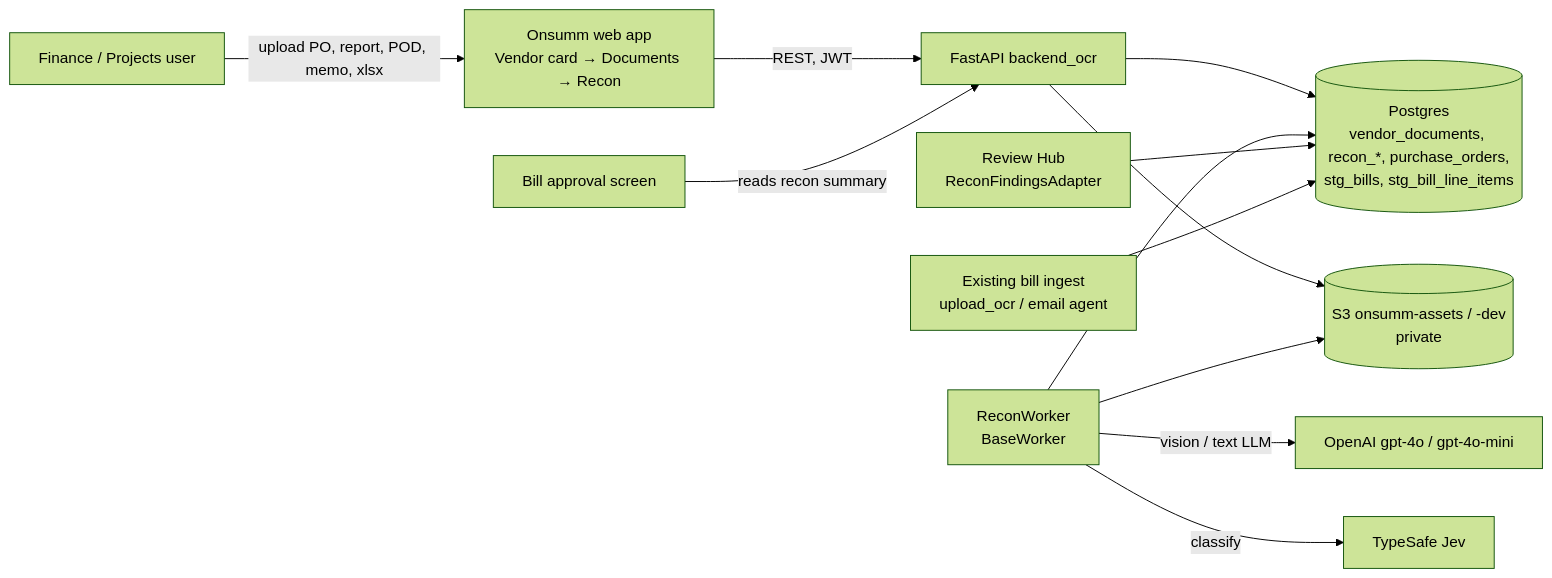
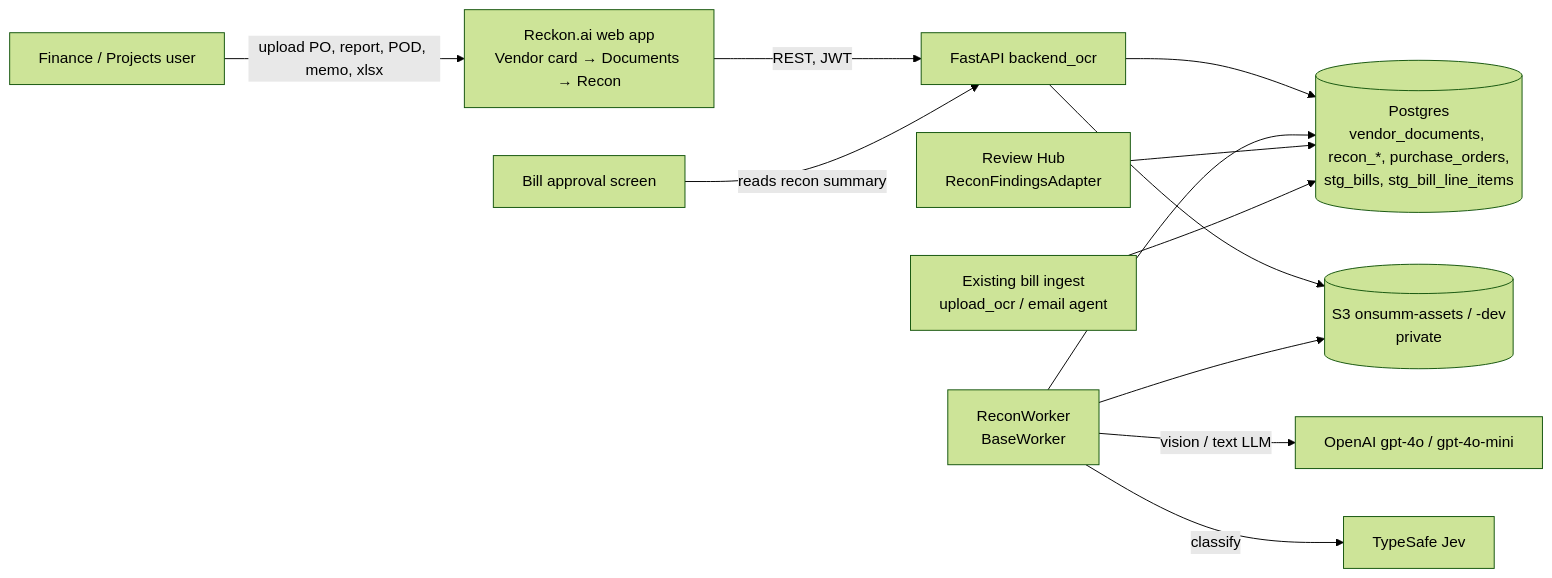
One commit to r-rishit27/equal_hackathon changed the first of 3 diagrams in docs/bata-recon/01_HLD.md. Above: the diagram before and after it, drawn with Mermaid (forest theme). The commit also changed 107 other files, not shown here.

````diff
--- a/docs/bata-recon/01_HLD.md
+++ b/docs/bata-recon/01_HLD.md
@@ -34,14 +34,14 @@
 ```mermaid
 flowchart LR
-    U[Finance / Projects user] -->|upload PO, report, POD, memo, xlsx| FE[Onsumm web app<br/>Vendor card → Documents → Recon]
+    U[Finance / Projects user] -->|upload PO, report, POD, memo, xlsx| FE[Reckon.ai web app<br/>Vendor card → Documents → Recon]
     FE -->|REST, JWT| API[FastAPI backend_ocr]
     API --> PG[(Postgres<br/>vendor_documents, recon_*, purchase_orders,<br/>stg_bills, stg_bill_line_items)]
     API --> S3[(S3 onsumm-assets / -dev<br/>private)]
     W[ReconWorker<br/>BaseWorker] --> PG
     W --> S3
     W -->|vision / text LLM| OAI[OpenAI gpt-4o / gpt-4o-mini]
     W -->|classify| JEV[TypeSafe Jev]
     RH[Review Hub<br/>ReconFindingsAdapter] --> PG
     APPR[Bill approval screen] -->|reads recon summary| API
     Bills[Existing bill ingest<br/>upload_ocr / email agent] --> PG
 ```
````
